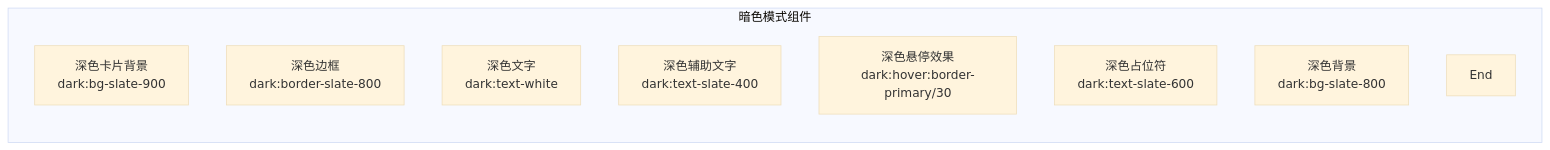
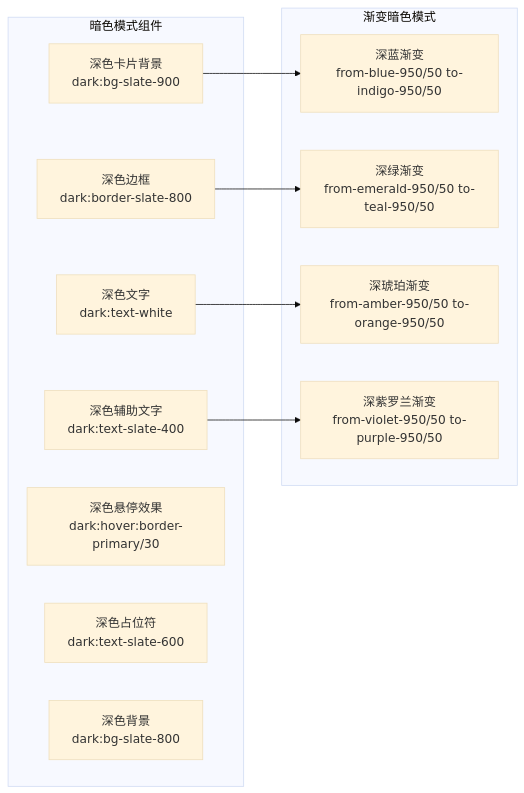
Before and after one commit to xianjianshenqu/SalesFlow-CRM: diagram 25 of 27 in .qoder/repowiki/zh/content/Pre Sales Dashboard.md, drawn with Mermaid (base theme). The commit also changed other lines of this file and 11 other files, not shown here.

````diff
--- a/.qoder/repowiki/zh/content/Pre Sales Dashboard.md
+++ b/.qoder/repowiki/zh/content/Pre Sales Dashboard.md
@@ -947,13 +988,22 @@
 ```mermaid
 graph LR
 subgraph "暗色模式组件"
 DarkCard[深色卡片背景<br/>dark:bg-slate-900]
 DarkBorder[深色边框<br/>dark:border-slate-800]
 DarkText[深色文字<br/>dark:text-white]
 DarkTextGray[深色辅助文字<br/>dark:text-slate-400]
 DarkHover[深色悬停效果<br/>dark:hover:border-primary/30]
 DarkPlaceholder[深色占位符<br/>dark:text-slate-600]
 DarkBackground[深色背景<br/>dark:bg-slate-800]
-End
 end
+subgraph "渐变暗色模式"
+DarkBlueGradient[深蓝渐变<br/>from-blue-950/50 to-indigo-950/50]
+DarkEmeraldGradient[深绿渐变<br/>from-emerald-950/50 to-teal-950/50]
+DarkAmberGradient[深琥珀渐变<br/>from-amber-950/50 to-orange-950/50]
+DarkVioletGradient[深紫罗兰渐变<br/>from-violet-950/50 to-purple-950/50]
+end
+DarkCard --> DarkBlueGradient
+DarkBorder --> DarkEmeraldGradient
+DarkText --> DarkAmberGradient
+DarkTextGray --> DarkVioletGradient
 ```
````
